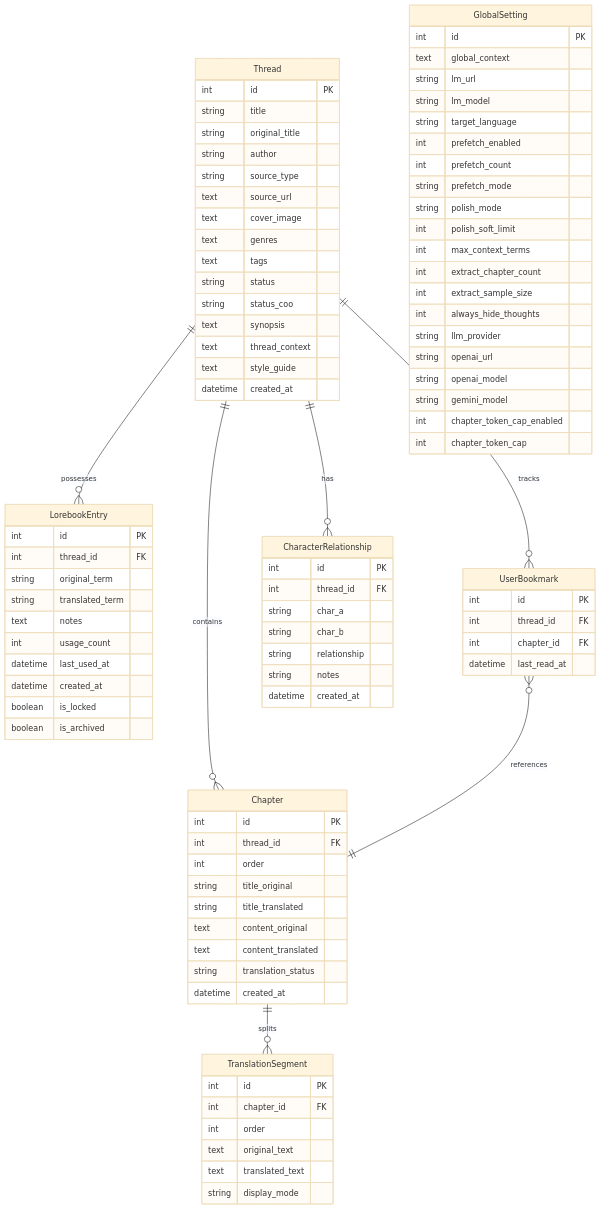
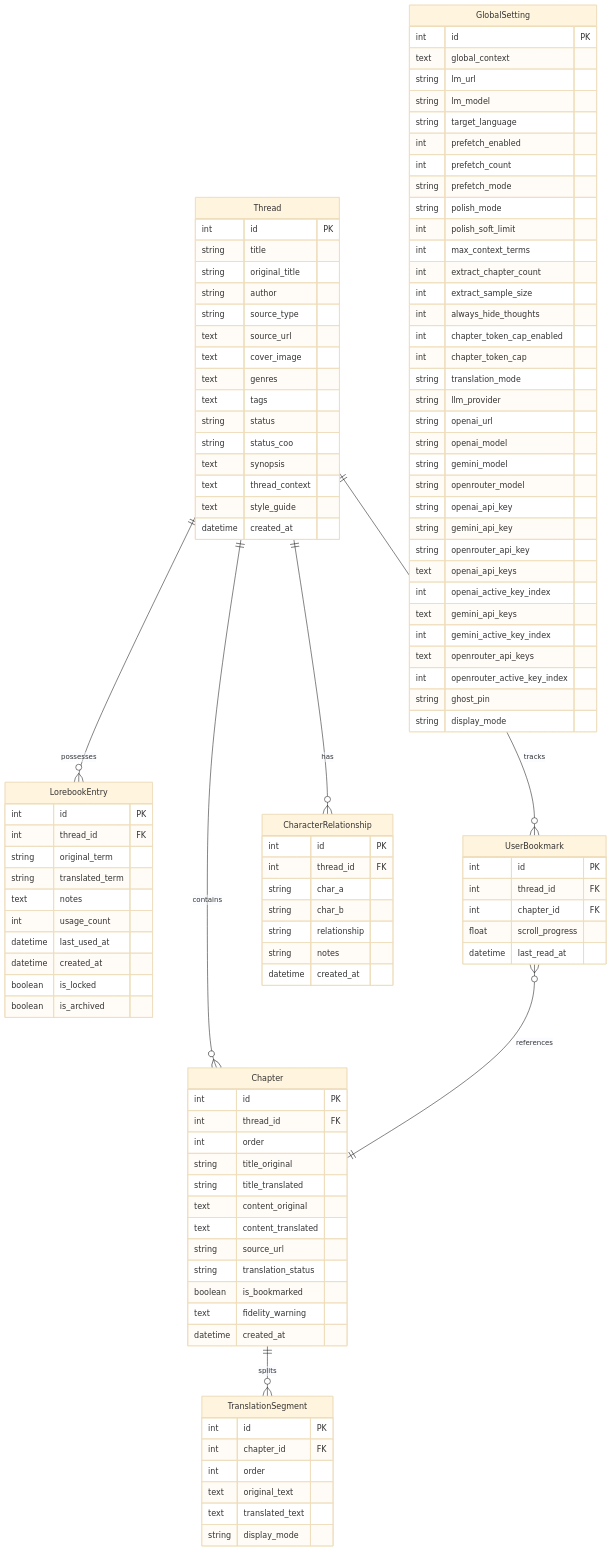
Before and after one commit to smone-jovan/Translator_Web: the first of 2 diagrams in docs/Handoff.md, drawn with Mermaid (base theme). The commit also changed other lines of this file and 14 other files, not shown here.

````diff
--- a/docs/Handoff.md
+++ b/docs/Handoff.md
@@ -146,7 +159,10 @@
         string title_translated
         text content_original
         text content_translated
+        string source_url
         string translation_status
+        boolean is_bookmarked
+        text fidelity_warning
         datetime created_at
     }
     
@@ -163,6 +179,7 @@
         int id PK
         int thread_id FK
         int chapter_id FK
+        float scroll_progress
         datetime last_read_at
     }
     
@@ -194,11 +211,24 @@
         int extract_chapter_count
         int extract_sample_size
         int always_hide_thoughts
+        int chapter_token_cap_enabled
+        int chapter_token_cap
+        string translation_mode
         string llm_provider
         string openai_url
         string openai_model
         string gemini_model
-        int chapter_token_cap_enabled
-        int chapter_token_cap
+        string openrouter_model
+        string openai_api_key
+        string gemini_api_key
+        string openrouter_api_key
+        text openai_api_keys
+        int openai_active_key_index
+        text gemini_api_keys
+        int gemini_active_key_index
+        text openrouter_api_keys
+        int openrouter_active_key_index
+        string ghost_pin
+        string display_mode
     }
 ```
````
